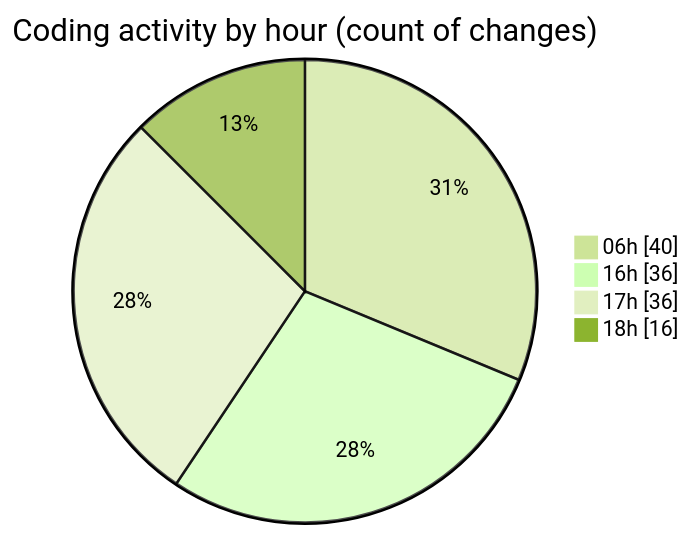
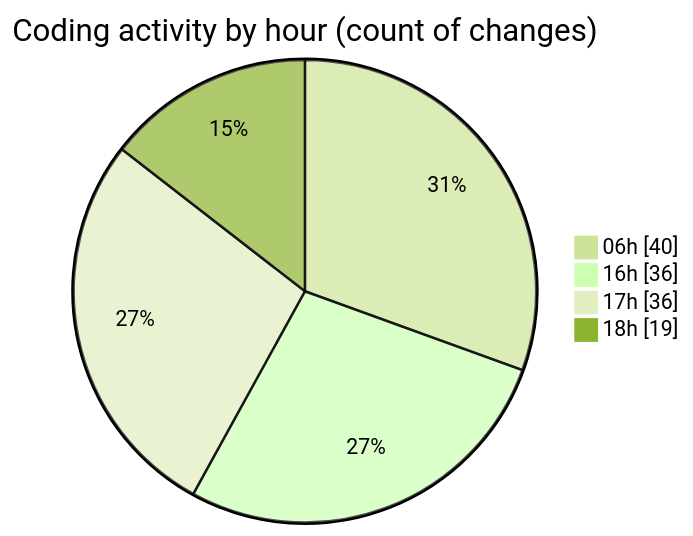
The second of 2 diagrams in 2025-02-25/micros/README.md (charlie-sans/code-tracking), drawn with Mermaid (forest theme) before and after one commit. The commit also changed other lines of this file and 1 other file, not shown here.

````diff
--- a/2025-02-25/micros/README.md
+++ b/2025-02-25/micros/README.md
@@ -68,8 +71,8 @@
 ```mermaid
 pie showData
 title Coding activity by hour (count of changes)
 "06h" : 40
 "16h" : 36
 "17h" : 36
-"18h" : 16
+"18h" : 19
 ```
````
